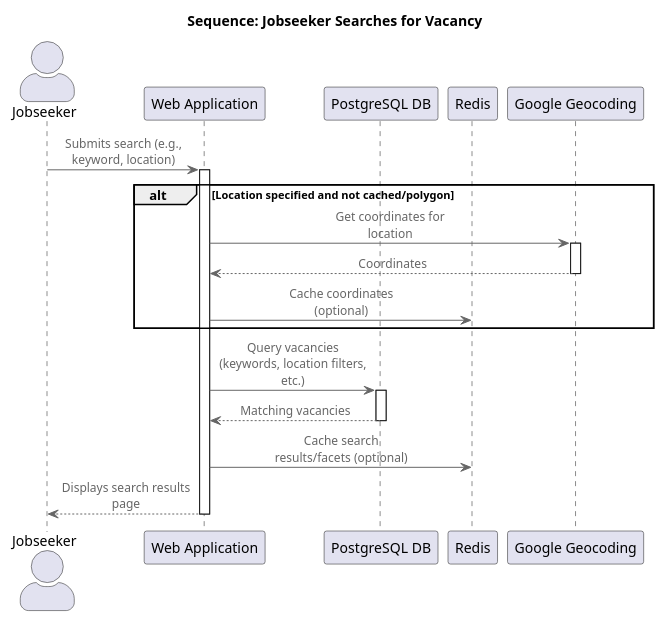
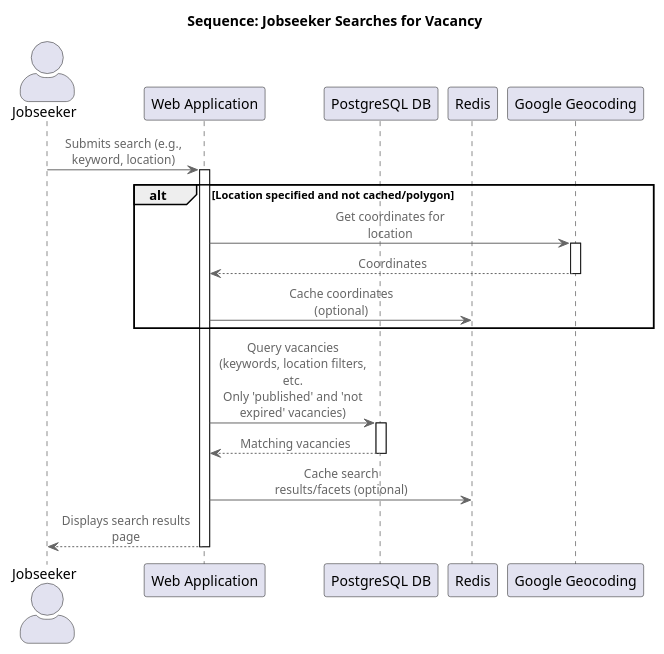
One commit to chrisstorey/teaching-vacancies changed the first of 2 diagrams in documentation/arc42/arc42_template.md. Above: the diagram before and after it, drawn with PlantUML. The commit also changed other lines of this file, not shown here.

````diff
--- a/documentation/arc42/arc42_template.md
+++ b/documentation/arc42/arc42_template.md
@@ -277,34 +279,34 @@
 ```plantuml
 @startuml JobseekerSearchScenario
 !include https://raw.githubusercontent.com/plantuml-stdlib/C4-PlantUML/master/C4_Container.puml
 
 title Sequence: Jobseeker Searches for Vacancy
 
 actor Jobseeker
-participant WebApp as "Web Application"
-participant PostgreSQL as "PostgreSQL DB"
-participant RedisCache as "Redis"
-participant GoogleGeo as "Google Geocoding"
+participant "Web Application" as WebApp
+participant "PostgreSQL DB" as PostgreSQL
+participant "Redis" as RedisCache
+participant "Google Geocoding" as GoogleGeo
 
 Jobseeker -> WebApp: Submits search (e.g., keyword, location)
 activate WebApp
 
 alt Location specified and not cached/polygon
     WebApp -> GoogleGeo: Get coordinates for location
     activate GoogleGeo
     GoogleGeo --> WebApp: Coordinates
     deactivate GoogleGeo
     WebApp -> RedisCache: Cache coordinates (optional)
 end
 
-WebApp -> PostgreSQL: Query vacancies (keywords, location filters, etc.)
+WebApp -> PostgreSQL: Query vacancies (keywords, location filters, etc. \nOnly 'published' and 'not expired' vacancies)
 activate PostgreSQL
 PostgreSQL --> WebApp: Matching vacancies
 deactivate PostgreSQL
 
 WebApp -> RedisCache: Cache search results/facets (optional)
 
 WebApp --> Jobseeker: Displays search results page
 deactivate WebApp
 @enduml
 ```
````
